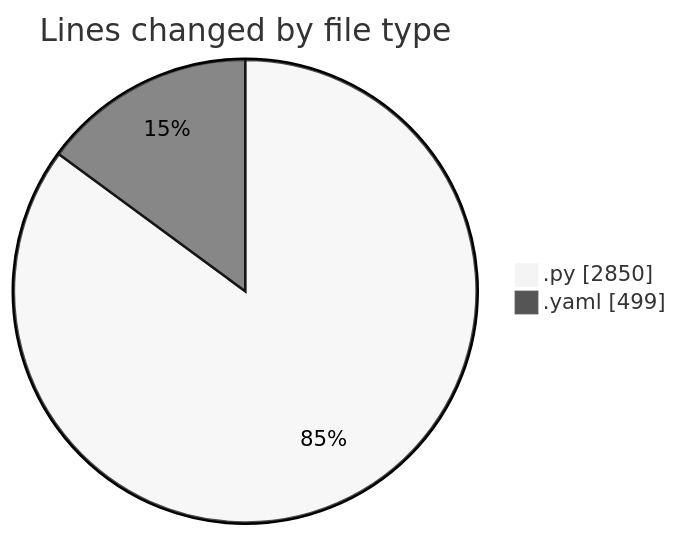
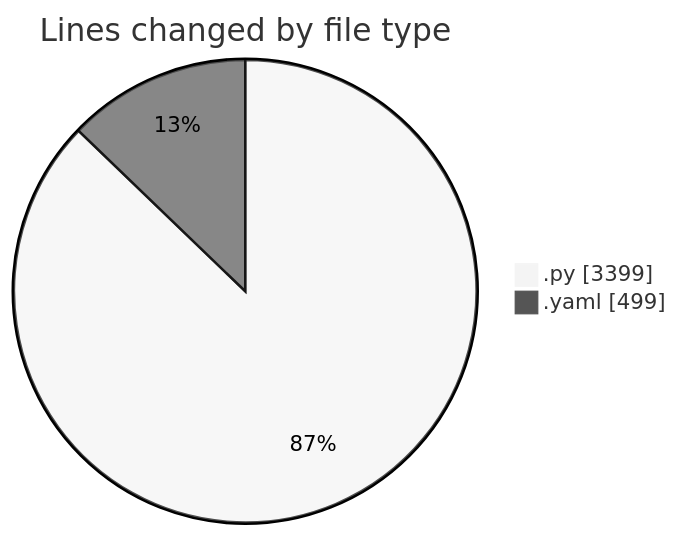
The first of 2 diagrams in 2025-03-01/myws__workspace_/README.md (MatusMokan/code-tracking), drawn with Mermaid (neutral theme) before and after one commit. The commit also changed other lines of this file and 1 other file, not shown here.

````diff
--- a/2025-03-01/myws__workspace_/README.md
+++ b/2025-03-01/myws__workspace_/README.md
@@ -27,6 +28,6 @@
 ```mermaid
 pie showData
 title Lines changed by file type
-".py" : 2850
+".py" : 3399
 ".yaml" : 499
 ```
````
